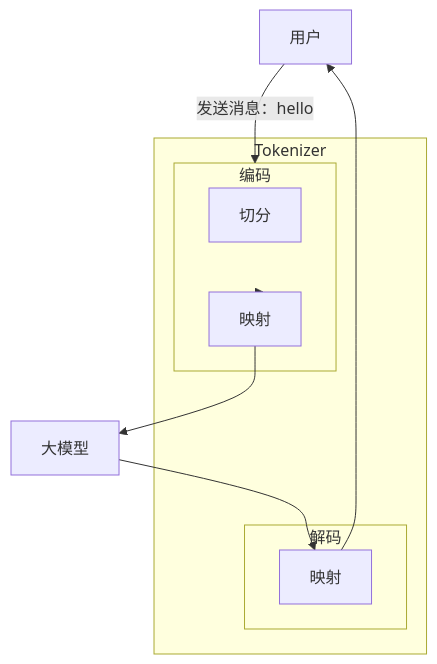
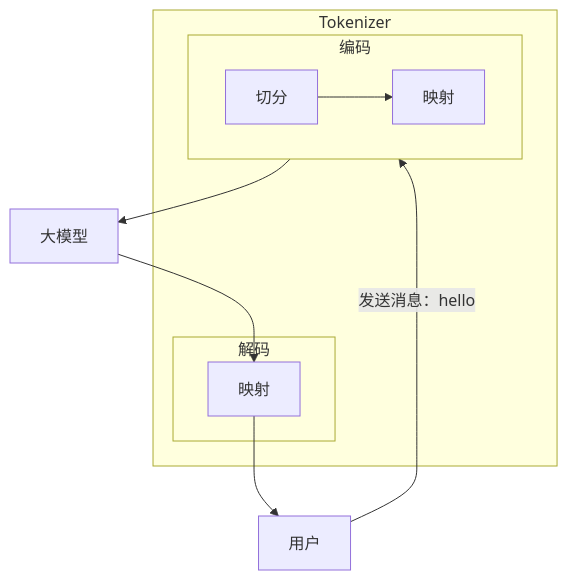
The diagram in all/未命名.md (wangxiaoqi0123/iodraw-files), drawn with Mermaid before and after one commit.

Commit message:
2026-04-09 16:58:16 update

````diff
--- a/all/未命名.md
+++ b/all/未命名.md
@@ -1,28 +1,28 @@
 ```mermaid
 flowchart 
     U[用户]
     M[大模型]
 
     %% 外层包裹：文本处理阶段
     subgraph Pipeline[Tokenizer]
         
         %% 编码模块
         subgraph Encoder[编码]
             E1[切分]
             E2[映射]
         end
 
         %% 解码模块
         subgraph Decoder[解码]
             D1[映射]
         end
 
     end
 
     %% 流程连接
     U -- 发送消息：hello --> Encoder
-    Encoder --> E2
-    E2 --> M
+    E1 --> E2
+    Encoder --> M
     M --> D1
     D1 --> U
 ```
````
